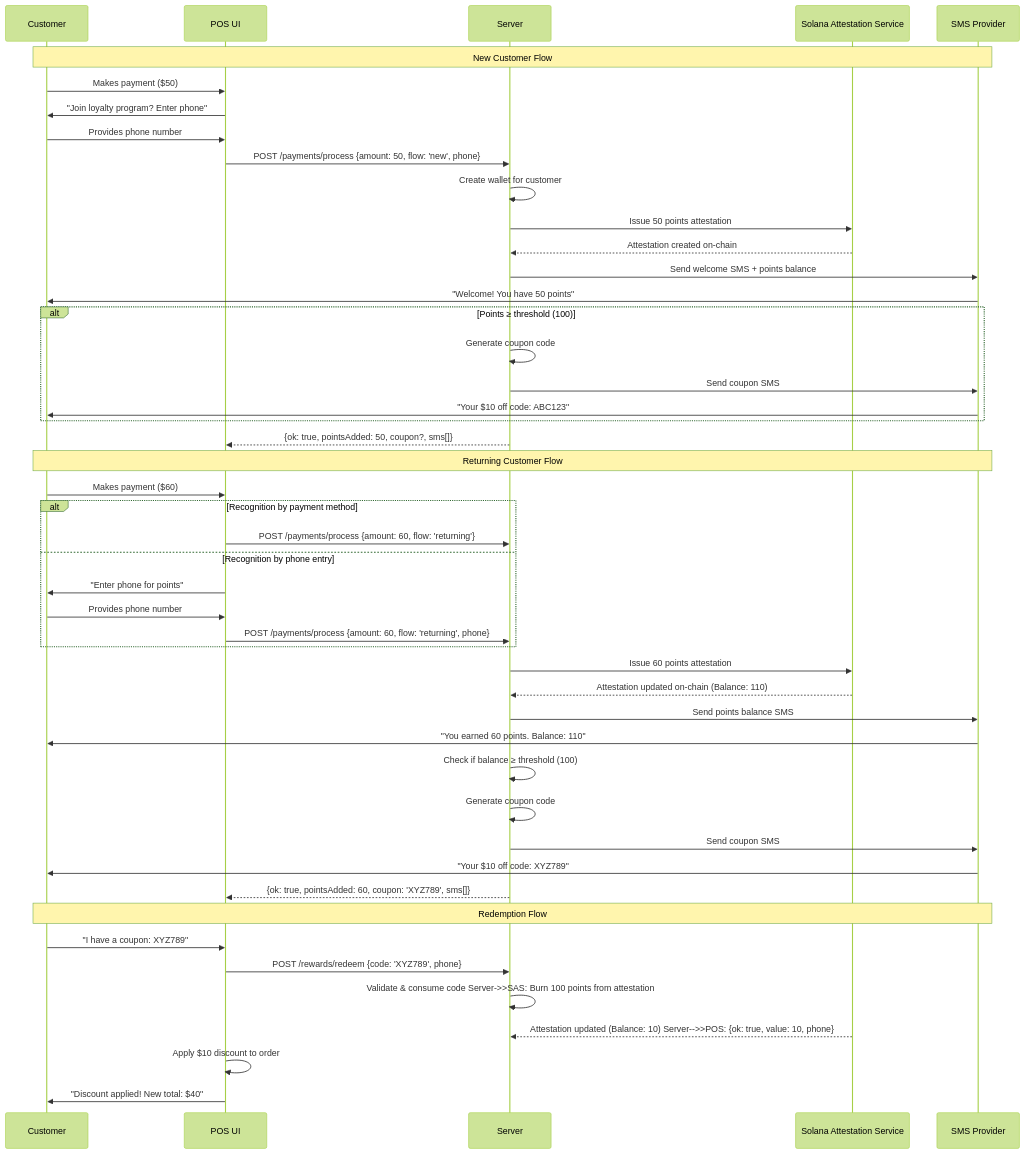
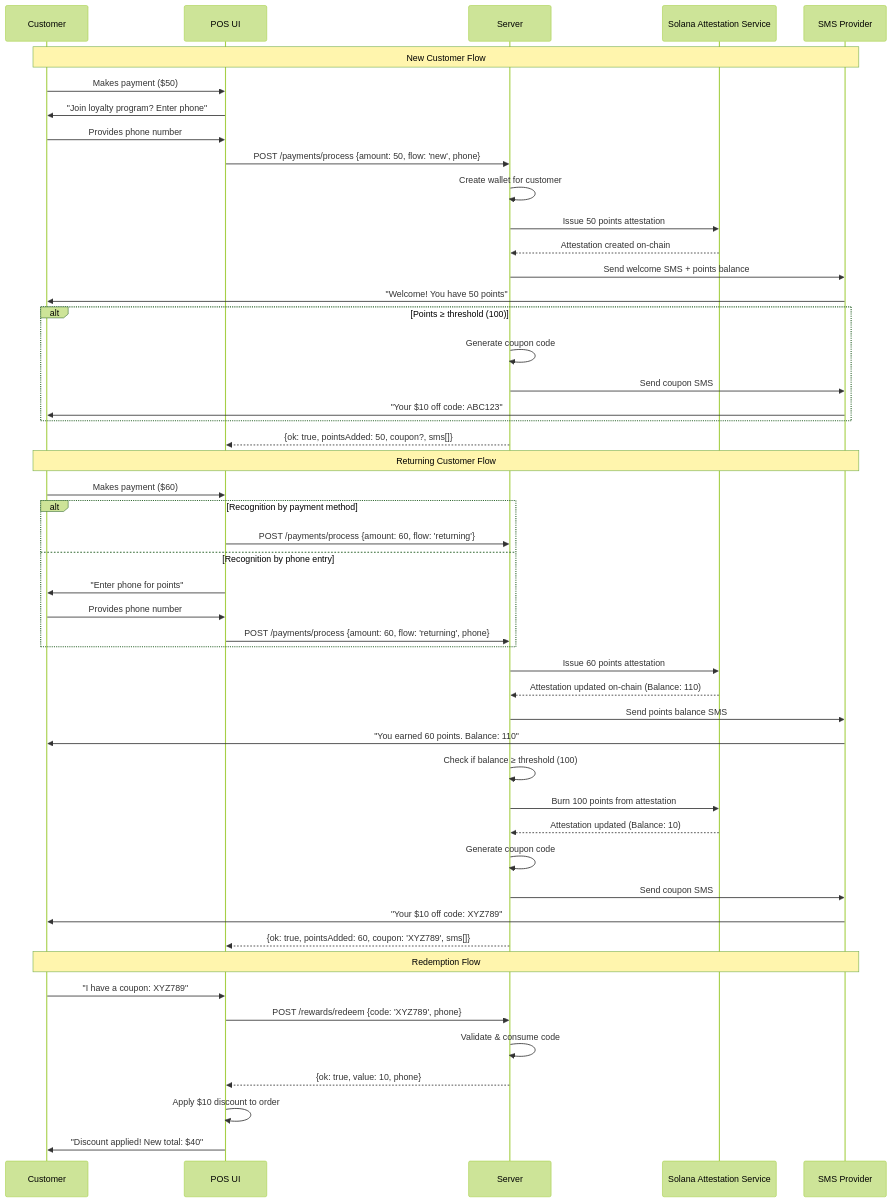
One commit to death-beach/sas-loyalty-starter changed the diagram in README.md. Above: the diagram before and after it, drawn with Mermaid (forest theme). The commit also changed other lines of this file, not shown here.

Commit message:
updated mermaid to show when attestations are burned

````diff
--- a/README.md
+++ b/README.md
@@ -121,52 +120,54 @@
 ```mermaid
 sequenceDiagram
   participant Customer
   participant POS as POS UI
   participant Server
   participant SAS as Solana Attestation Service
   participant SMS as SMS Provider
   
   Note over Customer,SMS: New Customer Flow
   Customer->>POS: Makes payment ($50)
   POS->>Customer: "Join loyalty program? Enter phone"
   Customer->>POS: Provides phone number
   POS->>Server: POST /payments/process {amount: 50, flow: 'new', phone}
   Server->>Server: Create wallet for customer
   Server->>SAS: Issue 50 points attestation
   SAS-->>Server: Attestation created on-chain
   Server->>SMS: Send welcome SMS + points balance
   SMS->>Customer: "Welcome! You have 50 points"
   alt Points ≥ threshold (100)
     Server->>Server: Generate coupon code
     Server->>SMS: Send coupon SMS
     SMS->>Customer: "Your $10 off code: ABC123"
   end
   Server-->>POS: {ok: true, pointsAdded: 50, coupon?, sms[]}
   
   Note over Customer,SMS: Returning Customer Flow  
   Customer->>POS: Makes payment ($60)
   alt Recognition by payment method
     POS->>Server: POST /payments/process {amount: 60, flow: 'returning'}
   else Recognition by phone entry
     POS->>Customer: "Enter phone for points"
     Customer->>POS: Provides phone number
     POS->>Server: POST /payments/process {amount: 60, flow: 'returning', phone}
   end
   Server->>SAS: Issue 60 points attestation
   SAS-->>Server: Attestation updated on-chain (Balance: 110)
   Server->>SMS: Send points balance SMS
   SMS->>Customer: "You earned 60 points. Balance: 110"
   Server->>Server: Check if balance ≥ threshold (100)
+  Server->>SAS: Burn 100 points from attestation
+  SAS-->>Server: Attestation updated (Balance: 10)
   Server->>Server: Generate coupon code
   Server->>SMS: Send coupon SMS
   SMS->>Customer: "Your $10 off code: XYZ789"
   Server-->>POS: {ok: true, pointsAdded: 60, coupon: 'XYZ789', sms[]}
   
   Note over Customer,SMS: Redemption Flow
   Customer->>POS: "I have a coupon: XYZ789"
   POS->>Server: POST /rewards/redeem {code: 'XYZ789', phone}
-  Server->>Server: Validate & consume code  Server->>SAS: Burn 100 points from attestation
-  SAS-->>Server: Attestation updated (Balance: 10)  Server-->>POS: {ok: true, value: 10, phone}
+  Server->>Server: Validate & consume code
+  Server-->>POS: {ok: true, value: 10, phone}
   POS->>POS: Apply $10 discount to order
   POS->>Customer: "Discount applied! New total: $40"
 ```
````
